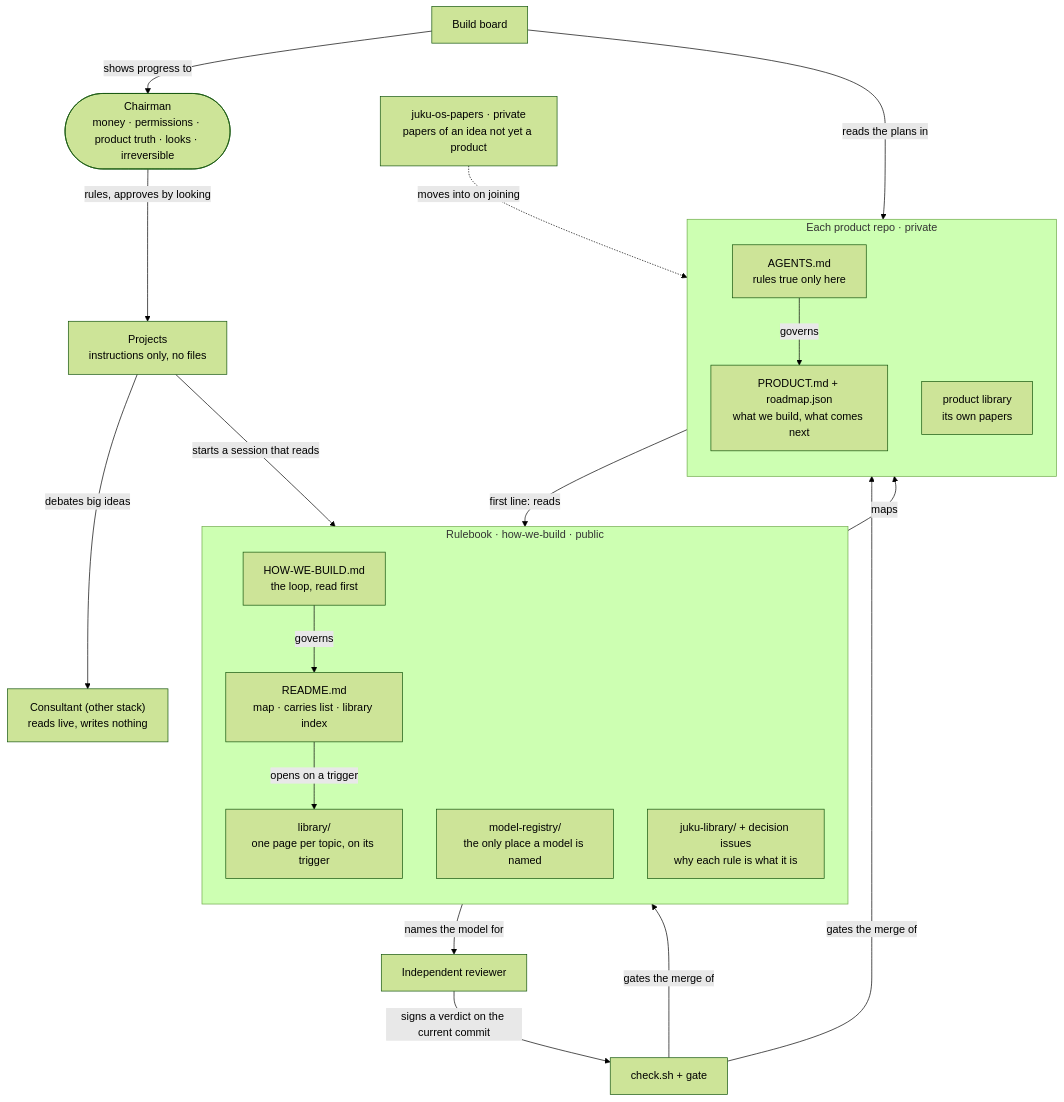
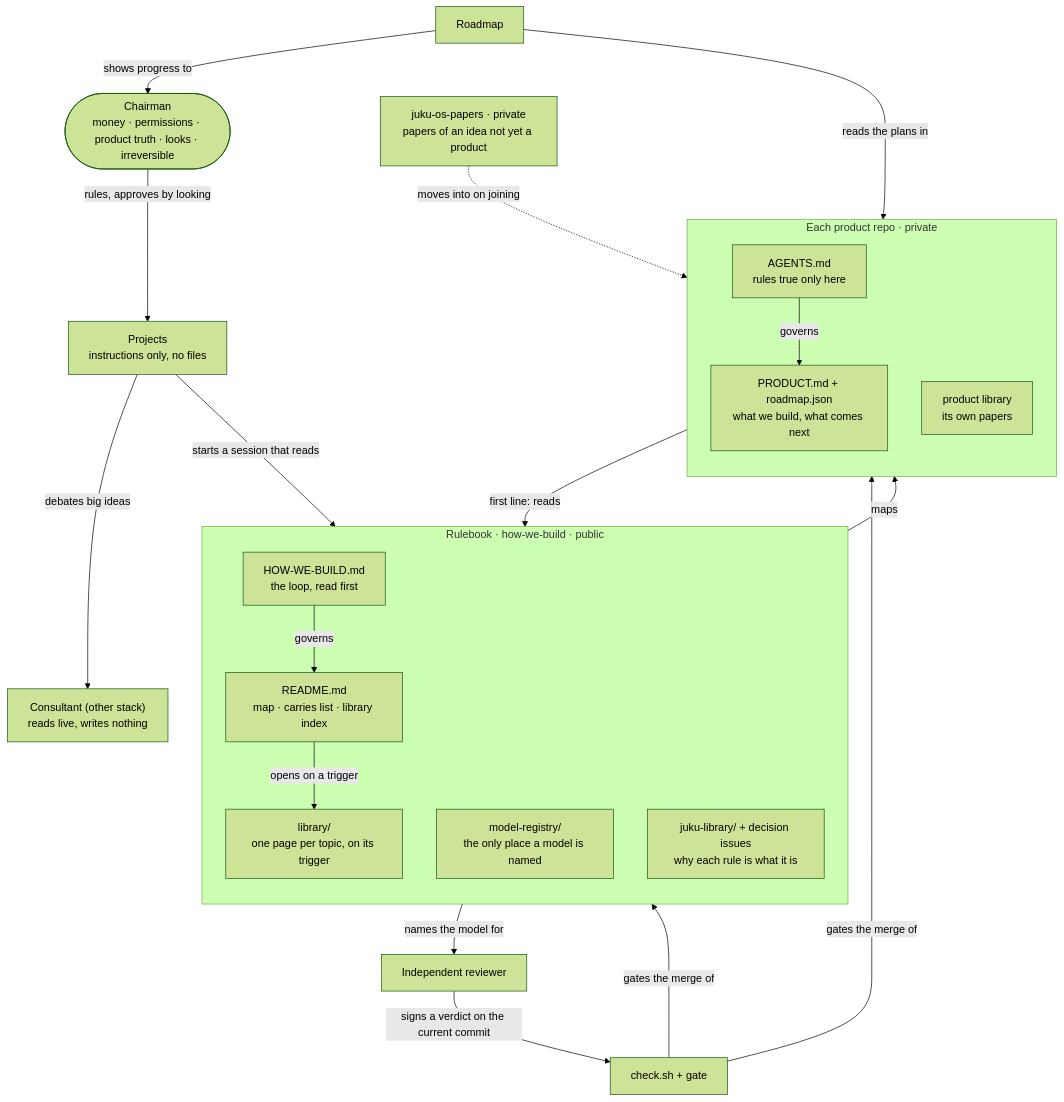
The diagram in library/system-map.md (Adonis80/how-we-build), drawn with Mermaid (forest theme) before and after one commit. The commit also changed other lines of this file and 17 other files, not shown here.

First line of the commit message:
The page at roadmap.juku.pro is named the Roadmap wherever he sees or reads it (P3)

````diff
--- a/library/system-map.md
+++ b/library/system-map.md
@@ -7,39 +7,39 @@
 ```mermaid
 flowchart TB
   CH(["Chairman<br/>money · permissions · product truth · looks · irreversible"])
   PJ["Projects<br/>instructions only, no files"]
   CO["Consultant (other stack)<br/>reads live, writes nothing"]
   subgraph RB["Rulebook · how-we-build · public"]
     direction TB
     HWB["HOW-WE-BUILD.md<br/>the loop, read first"]
     RD["README.md<br/>map · carries list · library index"]
     LIB["library/<br/>one page per topic, on its trigger"]
     REG["model-registry/<br/>the only place a model is named"]
     JL["juku-library/ + decision issues<br/>why each rule is what it is"]
   end
   subgraph PR["Each product repo · private"]
     direction TB
     AG["AGENTS.md<br/>rules true only here"]
     PD["PRODUCT.md + roadmap.json<br/>what we build, what comes next"]
     PL["product library<br/>its own papers"]
   end
   PP["juku-os-papers · private<br/>papers of an idea not yet a product"]
   RV["Independent reviewer"]
   GT["check.sh + gate"]
-  BD["Build board"]
+  BD["Roadmap"]
   CH -- "rules, approves by looking" --> PJ
   PJ -- "debates big ideas" --> CO
   PJ -- "starts a session that reads" --> HWB
   HWB -- "governs" --> RD
   RD -- "opens on a trigger" --> LIB
   RD -- "maps" --> AG
   AG -- "first line: reads" --> HWB
   AG -- "governs" --> PD
   REG -- "names the model for" --> RV
   RV -- "signs a verdict on the current commit" --> GT
   GT -- "gates the merge of" --> PD
   GT -- "gates the merge of" --> RB
   BD -- "reads the plans in" --> PD
   BD -- "shows progress to" --> CH
   PP -. "moves into on joining" .-> PL
 ```
````
